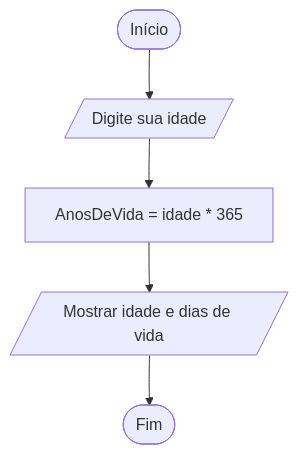
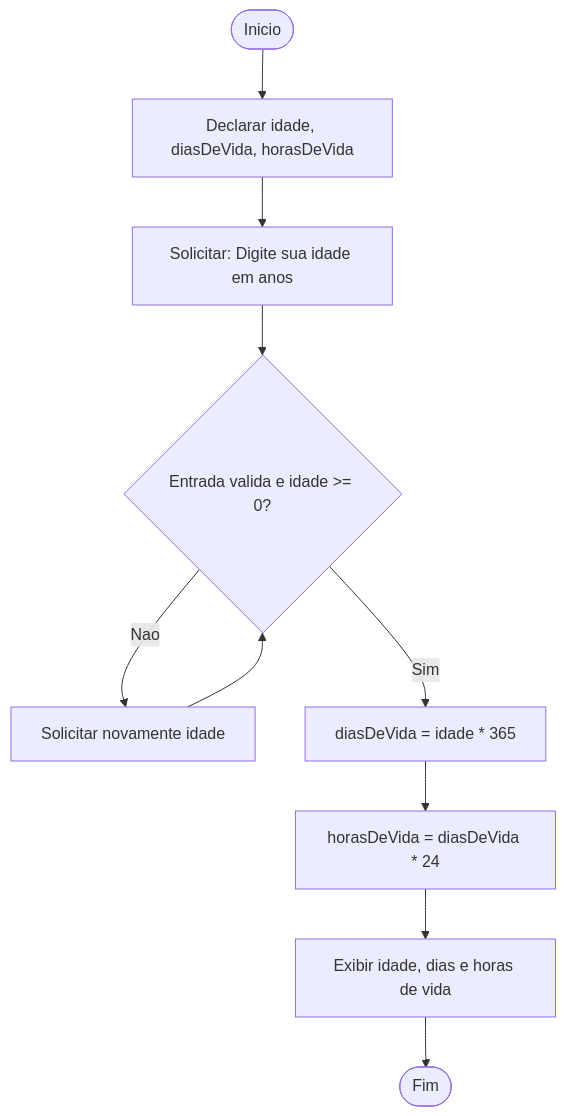
Before and after one commit to DanoloBR/portiflio-dan: the seventh of 10 diagrams in README.md, drawn with Mermaid. The commit also changed other lines of this file, not shown here.

````diff
--- a/README.md
+++ b/README.md
@@ -127,7 +142,16 @@
 ```mermaid
 flowchart TD
-  A([Início]) --> B[/Digite sua idade/]
-  B --> C[AnosDeVida = idade * 365]
-  C --> D[/Mostrar idade e dias de vida/]
-  D --> E([Fim])
+    A([Inicio])
+    B[Declarar idade, diasDeVida, horasDeVida]
+    C[Solicitar: Digite sua idade em anos]
+    D{Entrada valida e idade >= 0?}
+    E[Solicitar novamente idade]
+    F[diasDeVida = idade * 365]
+    G[horasDeVida = diasDeVida * 24]
+    H[Exibir idade, dias e horas de vida]
+    I([Fim])
+
+    A --> B --> C --> D
+    D -->|Nao| E --> D
+    D -->|Sim| F --> G --> H --> I
 ```
````
